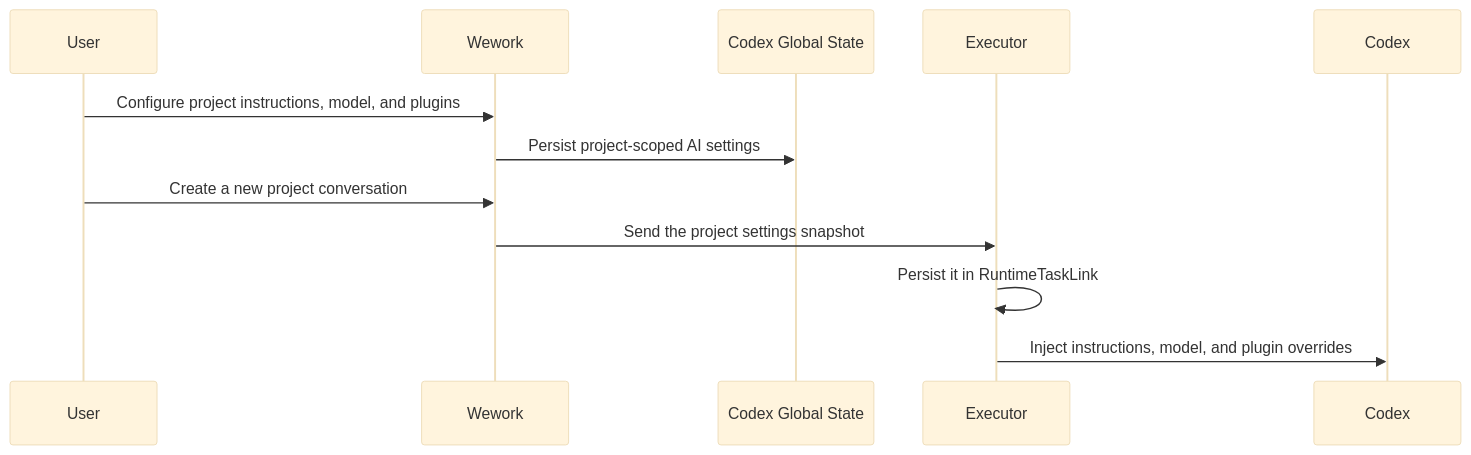
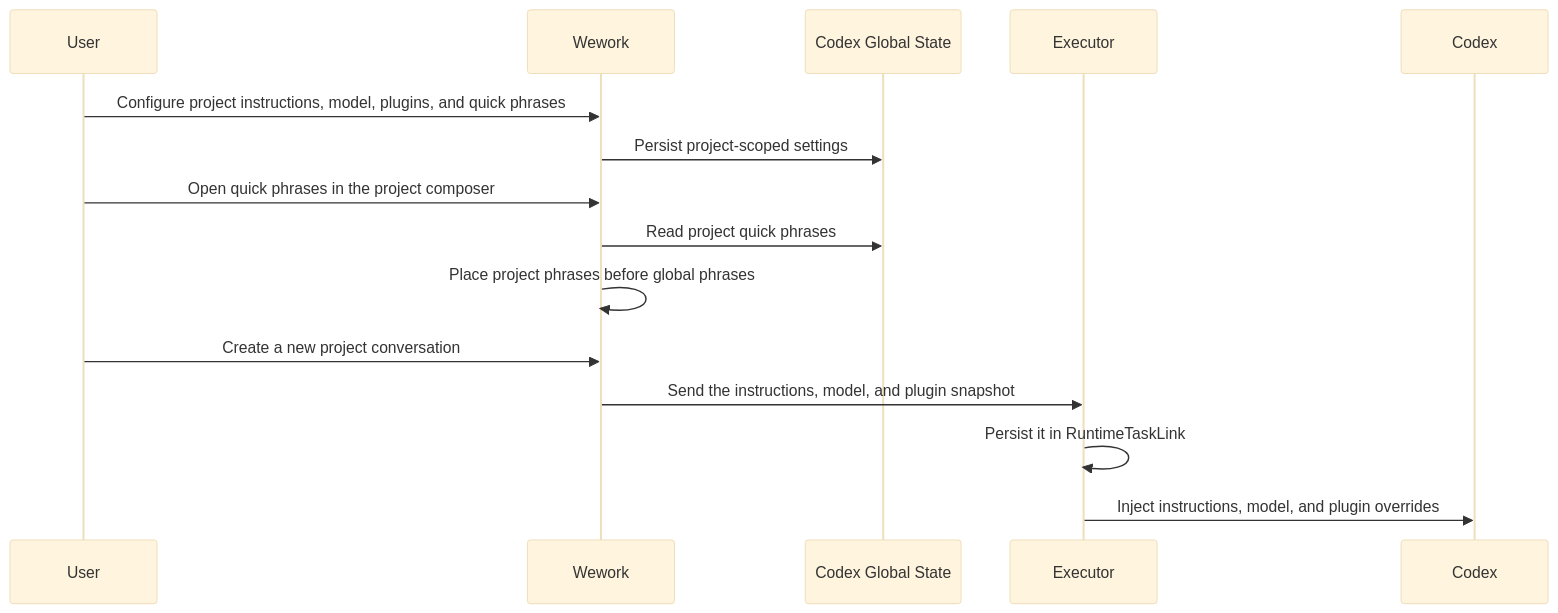
One commit to wecode-ai/Wegent changed the fifth of 5 diagrams in docs/en/wegent/developer-guide/architecture.md. Above: the diagram before and after it, drawn with Mermaid (base theme). The commit also changed other lines of this file and 20 other files, not shown here.

Commit message:
feat(wework): add project quick phrases

````diff
--- a/docs/en/wegent/developer-guide/architecture.md
+++ b/docs/en/wegent/developer-guide/architecture.md
@@ -632,15 +634,18 @@
 ```mermaid
 sequenceDiagram
     participant User
     participant Wework
     participant State as Codex Global State
     participant Executor
     participant Codex
 
-    User->>Wework: Configure project instructions, model, and plugins
-    Wework->>State: Persist project-scoped AI settings
+    User->>Wework: Configure project instructions, model, plugins, and quick phrases
+    Wework->>State: Persist project-scoped settings
+    User->>Wework: Open quick phrases in the project composer
+    Wework->>State: Read project quick phrases
+    Wework->>Wework: Place project phrases before global phrases
     User->>Wework: Create a new project conversation
-    Wework->>Executor: Send the project settings snapshot
+    Wework->>Executor: Send the instructions, model, and plugin snapshot
     Executor->>Executor: Persist it in RuntimeTaskLink
     Executor->>Codex: Inject instructions, model, and plugin overrides
 ```
````
